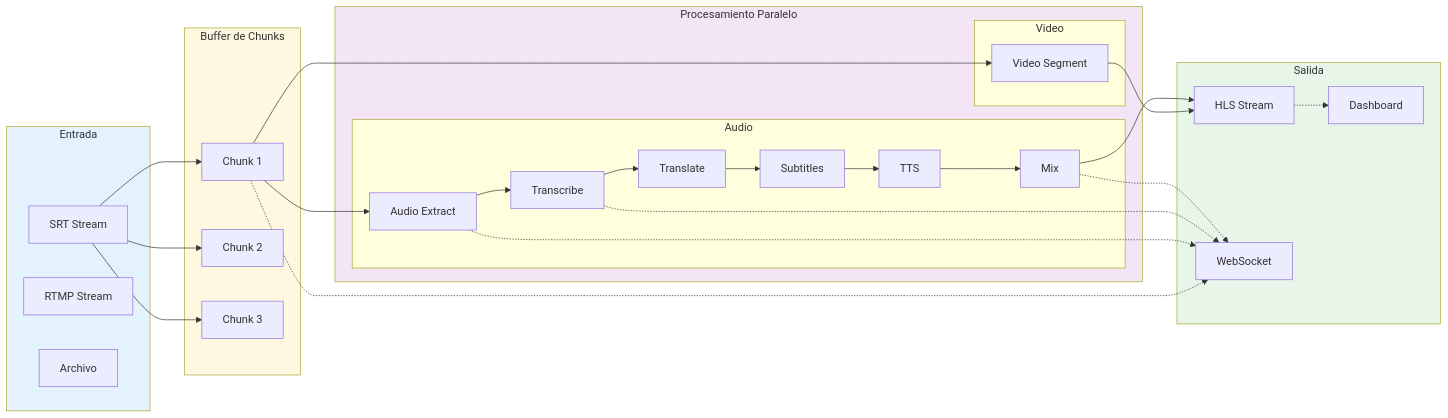
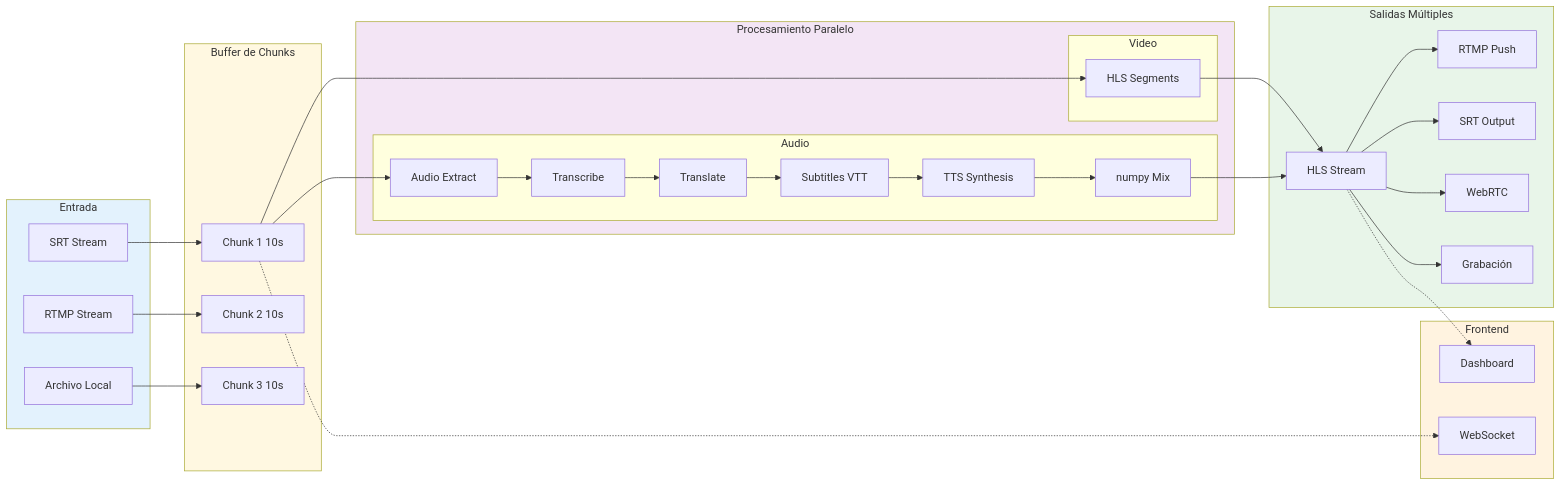
The fifth of 10 diagrams in docs/architecture.md (BrunoJimenez73/srt2web), drawn with Mermaid before and after one commit. The commit also changed other lines of this file and 7 other files, not shown here.

Commit message:
docs: Update and expand documentation - multi-output, WebRTC, CLI, signals/effects, pipeline modes

````diff
--- a/docs/architecture.md
+++ b/docs/architecture.md
@@ -209,61 +300,66 @@
 ```mermaid
 flowchart LR
     subgraph Input["Entrada"]
         SRT[SRT Stream]
         RTMP[RTMP Stream]
-        FILE[Archivo]
+        FILE[Archivo Local]
     end
 
     subgraph Buffer["Buffer de Chunks"]
-        B1[Chunk 1]
-        B2[Chunk 2]
-        B3[Chunk 3]
+        B1[Chunk 1 10s]
+        B2[Chunk 2 10s]
+        B3[Chunk 3 10s]
     end
 
     subgraph Process["Procesamiento Paralelo"]
         subgraph Audio
             A1[Audio Extract]
             T1[Transcribe]
             L1[Translate]
-            S1[Subtitles]
-            P1[TTS]
-            M1[Mix]
+            S1[Subtitles VTT]
+            P1[TTS Synthesis]
+            M1[numpy Mix]
         end
         subgraph Video
-            V1[Video Segment]
+            V1[HLS Segments]
         end
     end
 
-    subgraph Output["Salida"]
+    subgraph Output["Salidas Múltiples"]
         HLS[HLS Stream]
-        WEB[Dashboard]
+        RTMP_OUT[RTMP Push]
+        SRT_OUT[SRT Output]
+        WEBRTC_OUT[WebRTC]
+        REC[Grabación]
+    end
+
+    subgraph UI["Frontend"]
+        DASH[Dashboard]
         WSS[WebSocket]
     end
 
     SRT --> B1
-    SRT --> B2
-    SRT --> B3
+    RTMP --> B2
+    FILE --> B3
 
     B1 --> A1
     B1 --> V1
 
-    A1 --> T1
-    T1 --> L1
-    L1 --> S1
-    S1 --> P1
-    P1 --> M1
+    A1 --> T1 --> L1 --> S1 --> P1 --> M1
 
     V1 --> HLS
     M1 --> HLS
+    HLS --> RTMP_OUT
+    HLS --> SRT_OUT
+    HLS --> WEBRTC_OUT
+    HLS --> REC
 
     B1 -.-> WSS
-    A1 -.-> WSS
-    T1 -.-> WSS
-    M1 -.-> WSS
-    HLS -.-> WEB
+    HLS -.-> DASH
 
     style Input fill:#e3f2fd
     style Buffer fill:#fff8e1
     style Process fill:#f3e5f5
     style Output fill:#e8f5e9
+    style UI fill:#fff3e0
 ```
````
